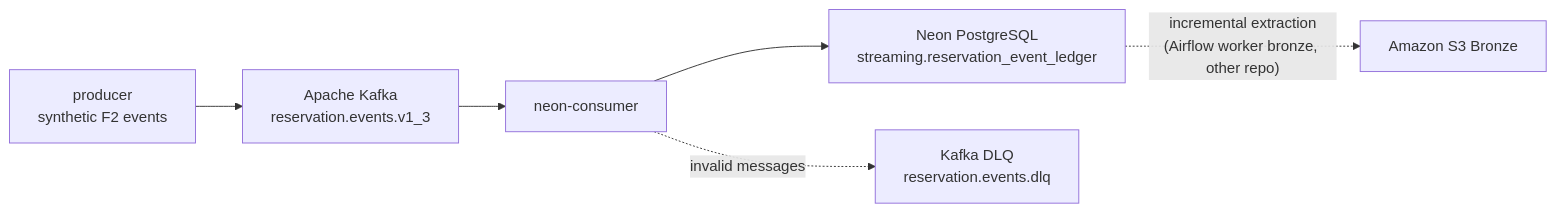
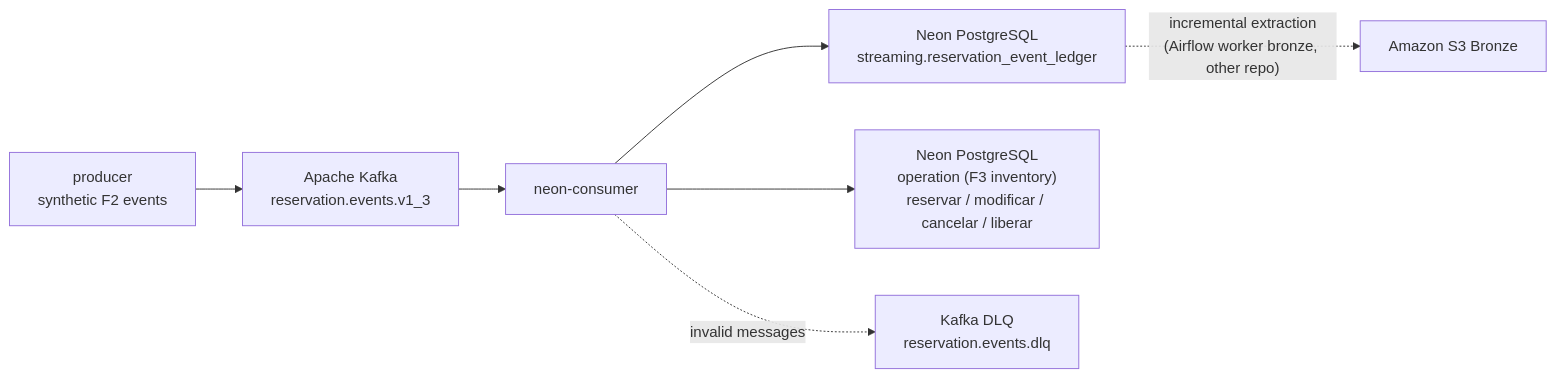
The diagram in README.md (HospedaPlus/buenavista-streaming), drawn with Mermaid before and after one commit. The commit also changed other lines of this file, not shown here.

Commit message:
Docs: README con la proyección a operation, ritmo por variables, CI/CD y despliegue en EC2

````diff
--- a/README.md
+++ b/README.md
@@ -61,8 +63,9 @@
 ```mermaid
 flowchart LR
     P["producer<br/>synthetic F2 events"] --> K["Apache Kafka<br/>reservation.events.v1_3"]
     K --> C["neon-consumer"]
     C --> N["Neon PostgreSQL<br/>streaming.reservation_event_ledger"]
+    C --> O["Neon PostgreSQL<br/>operation (F3 inventory)<br/>reservar / modificar / cancelar / liberar"]
     C -. "invalid messages" .-> D["Kafka DLQ<br/>reservation.events.dlq"]
     N -. "incremental extraction<br/>(Airflow worker bronze, other repo)" .-> S["Amazon S3 Bronze"]
 ```
````
